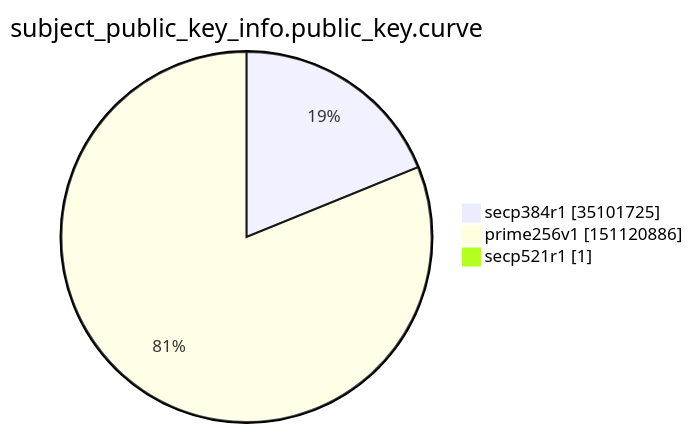
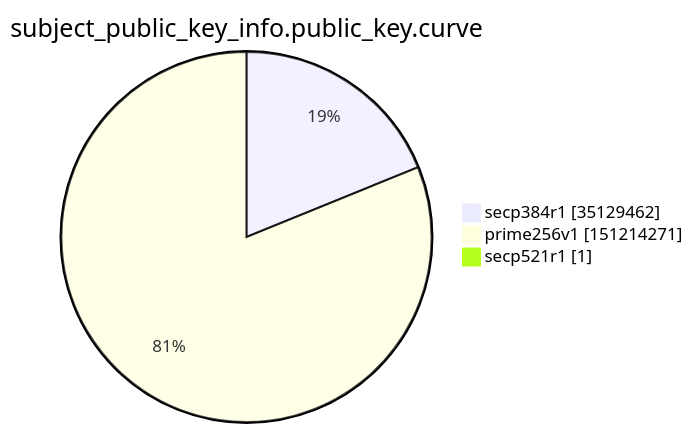
Before and after one commit to christiankrug/ctmonitor_visualization: the ninth of 15 diagrams in argon2022/README.md, drawn with Mermaid. The commit also changed other lines of this file, not shown here.

````diff
--- a/argon2022/README.md
+++ b/argon2022/README.md
@@ -2765,7 +2765,7 @@
 ```mermaid
 pie showData
 title subject_public_key_info.public_key.curve
-"secp384r1" :35101725
-"prime256v1" :151120886
+"secp384r1" :35129462
+"prime256v1" :151214271
 "secp521r1" :1
 ```
````
